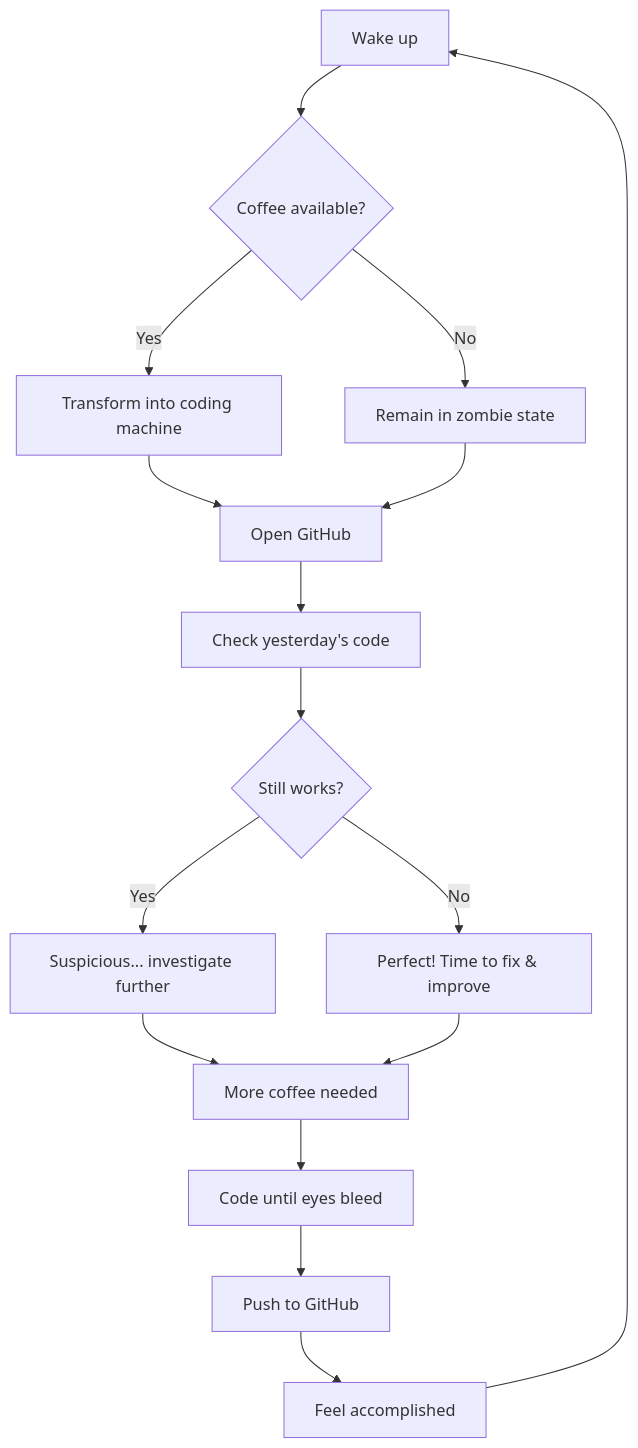
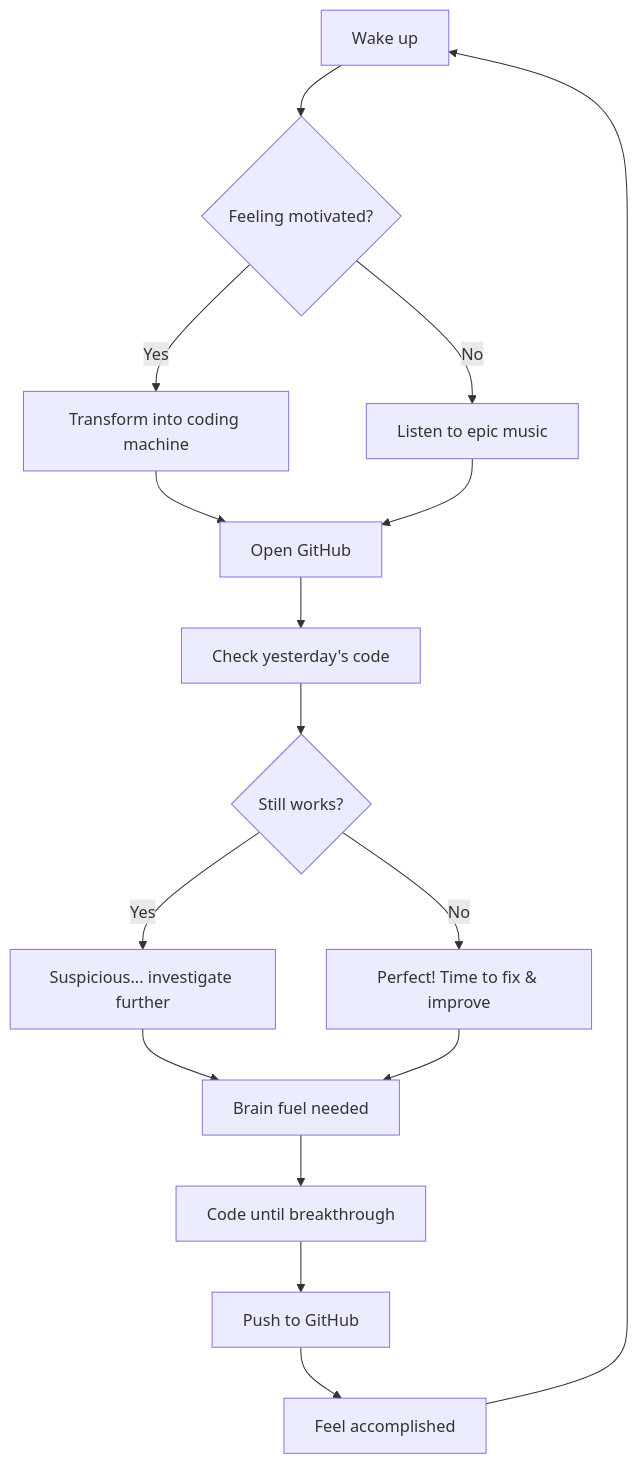
The diagram in README.md (ckarthik77/ckarthik77), drawn with Mermaid before and after one commit. The commit also changed other lines of this file, not shown here.

````diff
--- a/README.md
+++ b/README.md
@@ -165,18 +165,18 @@
 ```mermaid
 graph TD
-    A[Wake up] --> B{Coffee available?}
+    A[Wake up] --> B{Feeling motivated?}
     B -->|Yes| C[Transform into coding machine]
-    B -->|No| D[Remain in zombie state]
+    B -->|No| D[Listen to epic music]
     C --> E[Open GitHub]
     D --> E
     E --> F[Check yesterday's code]
     F --> G{Still works?}
     G -->|Yes| H[Suspicious... investigate further]
     G -->|No| I[Perfect! Time to fix & improve]
-    H --> J[More coffee needed]
+    H --> J[Brain fuel needed]
     I --> J
-    J --> K[Code until eyes bleed]
+    J --> K[Code until breakthrough]
     K --> L[Push to GitHub]
     L --> M[Feel accomplished]
     M --> A
 ```
````
